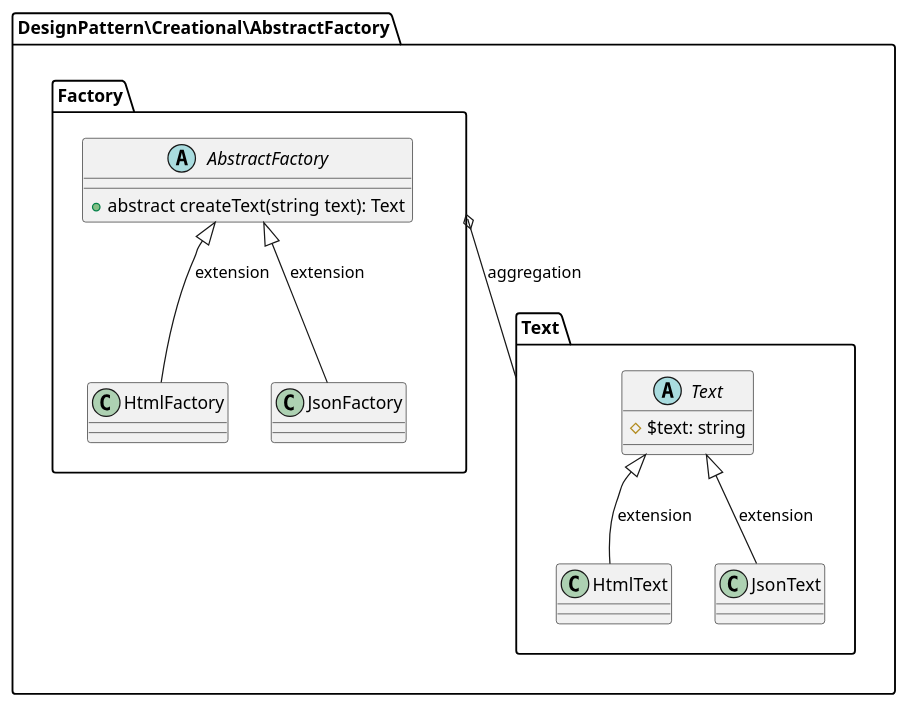
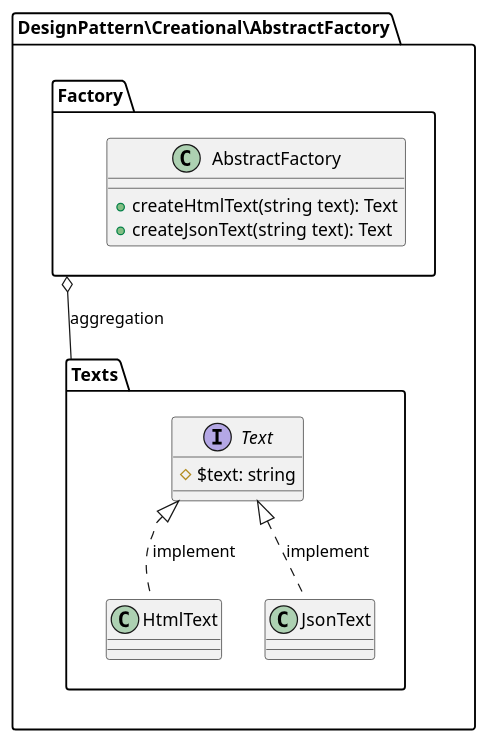
The diagram in Creational/AbstractFactory/uml/AbatractFactore.puml (xghell/DesignPatterns), drawn with PlantUML before and after one commit. The commit also changed 1 other file, not shown here.

Commit message:
uml fixed

```diff
--- a/Creational/AbstractFactory/uml/AbatractFactore.puml
+++ b/Creational/AbstractFactory/uml/AbatractFactore.puml
@@ -1,29 +1,25 @@
 @startuml
 
 namespace DesignPattern\Creational\AbstractFactory {
     package Factory {
-        abstract class AbstractFactory {
-                +abstract createText(string text): Text
+        class AbstractFactory {
+                +createHtmlText(string text): Text
+                +createJsonText(string text): Text
         }
-        class HtmlFactory
-        class JsonFactory
-
-        HtmlFactory -up-|> AbstractFactory : extension
-        JsonFactory -up-|> AbstractFactory : extension
     }
 
-    package Text {
-        abstract class Text {
+    package Texts {
+        interface Text {
             #$text: string
         }
         class HtmlText
         class JsonText
 
-        HtmlText -up-|> Text : extension
-        JsonText -up-|> Text : extension
+        HtmlText .up.|> Text : implement
+        JsonText .up.|> Text : implement
     }
 
-    Factory o-- Text : aggregation
+    Factory o-- Texts : aggregation
 }
 
 @enduml
```
